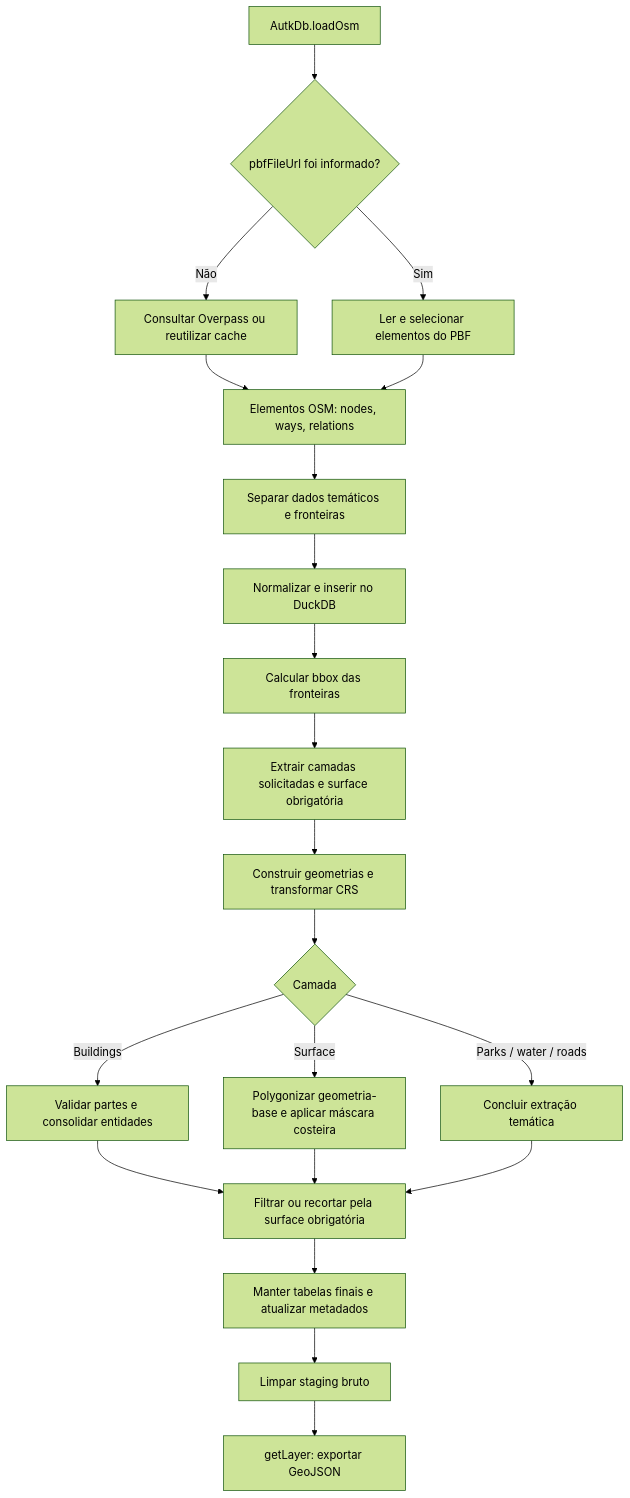
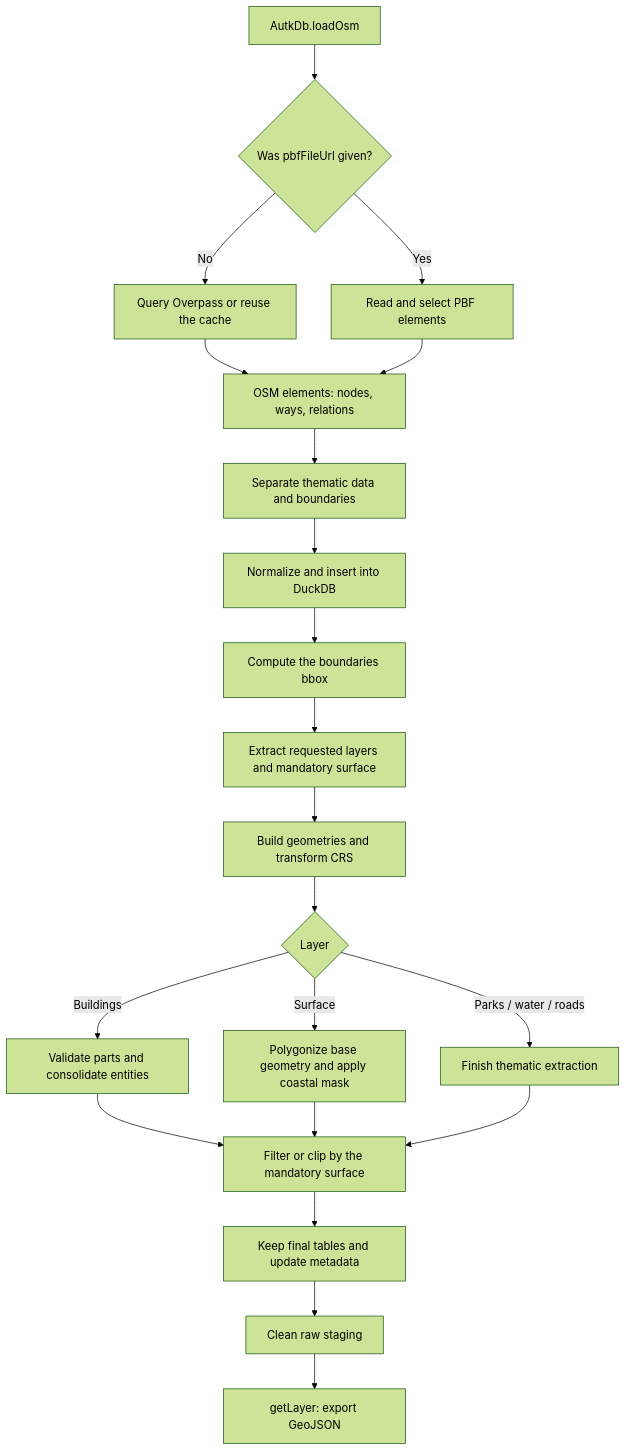
One commit to urban-toolkit/autark changed the first of 3 diagrams in .doc/OSM-IMPORT.md. Above: the diagram before and after it, drawn with Mermaid (forest theme). The commit also changed other lines of this file, not shown here.

Commit message:
docs(osm): translate the OSM import guide to English

````diff
--- a/.doc/OSM-IMPORT.md
+++ b/.doc/OSM-IMPORT.md
@@ -30,23 +30,23 @@
 ```mermaid
 flowchart TD
-    A[AutkDb.loadOsm] --> B{pbfFileUrl foi informado?}
-    B -->|Não| C[Consultar Overpass ou reutilizar cache]
-    B -->|Sim| D[Ler e selecionar elementos do PBF]
-    C --> E[Elementos OSM: nodes, ways, relations]
+    A[AutkDb.loadOsm] --> B{Was pbfFileUrl given?}
+    B -->|No| C[Query Overpass or reuse the cache]
+    B -->|Yes| D[Read and select PBF elements]
+    C --> E[OSM elements: nodes, ways, relations]
     D --> E
-    E --> F[Separar dados temáticos e fronteiras]
-    F --> G[Normalizar e inserir no DuckDB]
-    G --> H[Calcular bbox das fronteiras]
-    H --> I[Extrair camadas solicitadas e surface obrigatória]
-    I --> J[Construir geometrias e transformar CRS]
-    J --> K{Camada}
-    K -->|Buildings| L[Validar partes e consolidar entidades]
-    K -->|Surface| M[Polygonizar geometria-base e aplicar máscara costeira]
-    K -->|Parks / water / roads| N[Concluir extração temática]
-    L --> O[Filtrar ou recortar pela surface obrigatória]
+    E --> F[Separate thematic data and boundaries]
+    F --> G[Normalize and insert into DuckDB]
+    G --> H[Compute the boundaries bbox]
+    H --> I[Extract requested layers and mandatory surface]
+    I --> J[Build geometries and transform CRS]
+    J --> K{Layer}
+    K -->|Buildings| L[Validate parts and consolidate entities]
+    K -->|Surface| M[Polygonize base geometry and apply coastal mask]
+    K -->|Parks / water / roads| N[Finish thematic extraction]
+    L --> O[Filter or clip by the mandatory surface]
     M --> O
     N --> O
-    O --> P[Manter tabelas finais e atualizar metadados]
-    P --> Q[Limpar staging bruto]
-    Q --> R[getLayer: exportar GeoJSON]
+    O --> P[Keep final tables and update metadata]
+    P --> Q[Clean raw staging]
+    Q --> R[getLayer: export GeoJSON]
 ```
````
